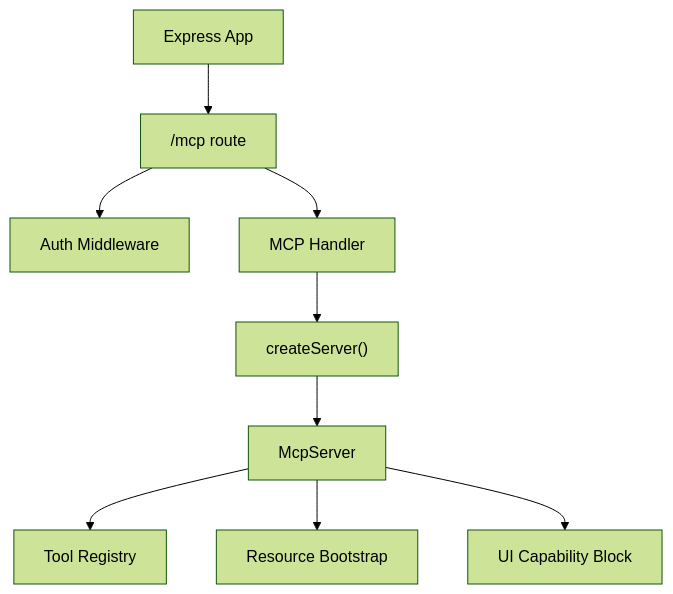
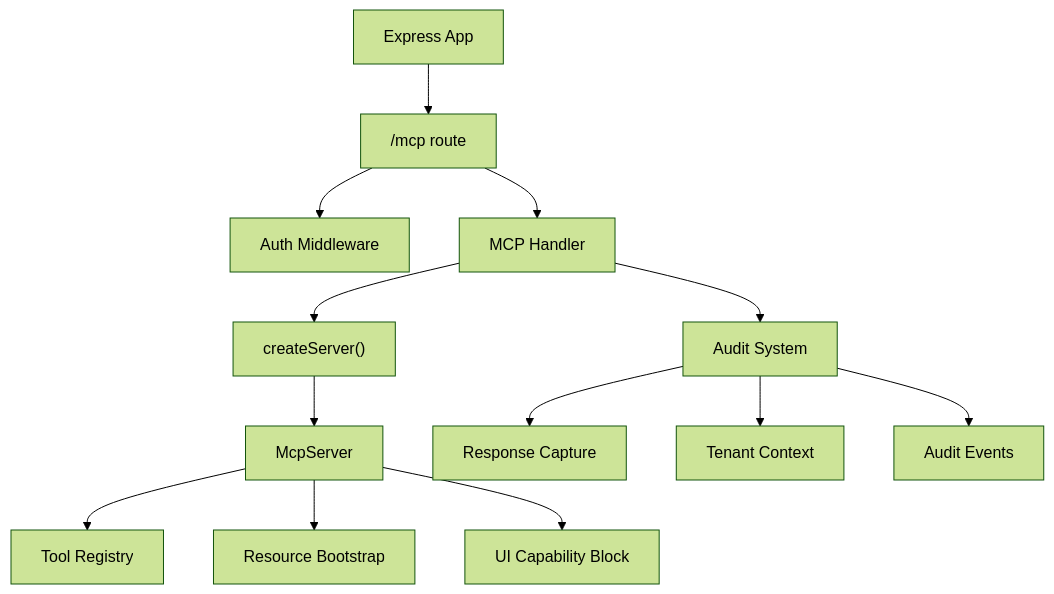
Before and after one commit to debian777/kairos-mcp: diagram 12 of 12 in .qoder/repowiki/en/content/Architecture & Design/MCP Protocol Architecture.md, drawn with Mermaid (forest theme). The commit also changed other lines of this file and 5 other files, not shown here.

First line of the commit message:
fix(audit): capture response at transport.send() level

````diff
--- a/.qoder/repowiki/en/content/Architecture & Design/MCP Protocol Architecture.md
+++ b/.qoder/repowiki/en/content/Architecture & Design/MCP Protocol Architecture.md
@@ -386,11 +475,15 @@
 ```mermaid
 graph TB
 A["Express App"] --> B["/mcp route"]
 B --> C["Auth Middleware"]
 B --> D["MCP Handler"]
 D --> E["createServer()"]
 E --> F["McpServer"]
 F --> G["Tool Registry"]
 F --> H["Resource Bootstrap"]
 F --> I["UI Capability Block"]
+D --> J["Audit System"]
+J --> K["Response Capture"]
+J --> L["Tenant Context"]
+J --> M["Audit Events"]
 ```
````
